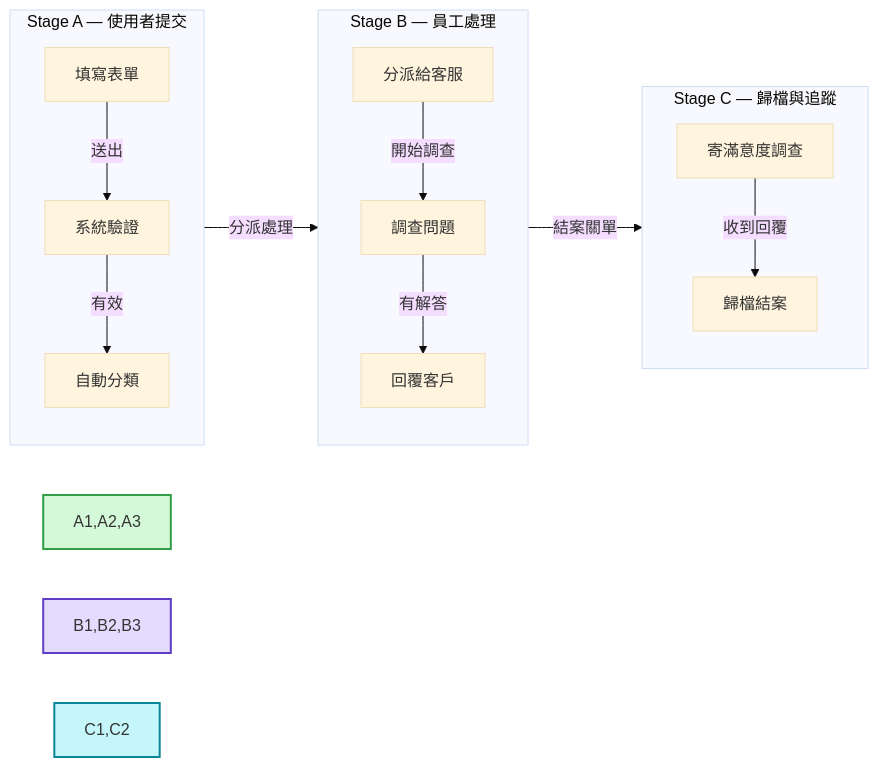
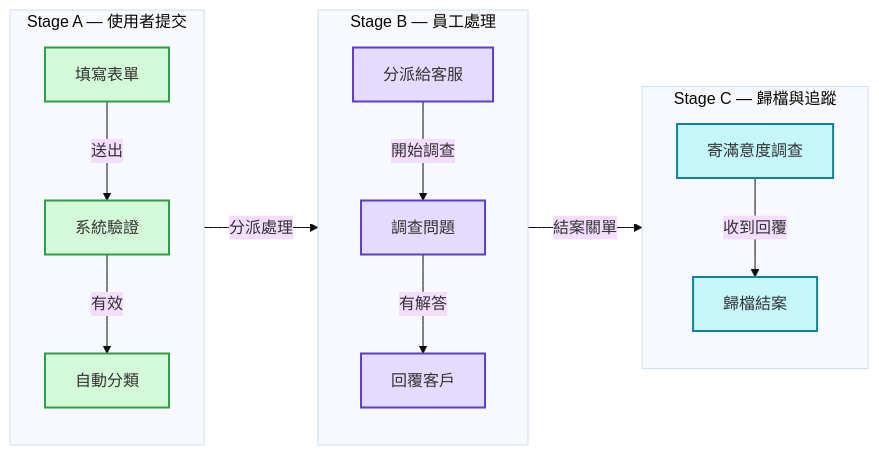
Diagram 14 of 15 in obsidian/skills/obsidian-mermaid-visualizer/flow/flowchart.md (kouko/monkey-skills), drawn with Mermaid (base theme) before and after one commit. The commit also changed other lines of this file and 1 other file, not shown here.

````diff
--- a/obsidian/skills/obsidian-mermaid-visualizer/flow/flowchart.md
+++ b/obsidian/skills/obsidian-mermaid-visualizer/flow/flowchart.md
@@ -279,26 +279,30 @@
 ```mermaid
 graph LR
     subgraph stageA["Stage A — 使用者提交"]
         direction TB
         A1["填寫表單"] -->|"送出"| A2["系統驗證"]
         A2 -->|"有效"| A3["自動分類"]
     end
 
     subgraph stageB["Stage B — 員工處理"]
         direction TB
         B1["分派給客服"] -->|"開始調查"| B2["調查問題"]
         B2 -->|"有解答"| B3["回覆客戶"]
     end
 
     subgraph stageC["Stage C — 歸檔與追蹤"]
         direction TB
         C1["寄滿意度調查"] -->|"收到回覆"| C2["歸檔結案"]
     end
 
     stageA -->|"分派處理"| stageB
     stageB -->|"結案關單"| stageC
 
-    style A1,A2,A3 fill:#d3f9d8,stroke:#2f9e44,stroke-width:2px
-    style B1,B2,B3 fill:#e5dbff,stroke:#5f3dc4,stroke-width:2px
-    style C1,C2 fill:#c5f6fa,stroke:#0c8599,stroke-width:2px
+    classDef greenStage fill:#d3f9d8,stroke:#2f9e44,stroke-width:2px
+    classDef purpleStage fill:#e5dbff,stroke:#5f3dc4,stroke-width:2px
+    classDef cyanStage fill:#c5f6fa,stroke:#0c8599,stroke-width:2px
+
+    class A1,A2,A3 greenStage
+    class B1,B2,B3 purpleStage
+    class C1,C2 cyanStage
 ```
````
